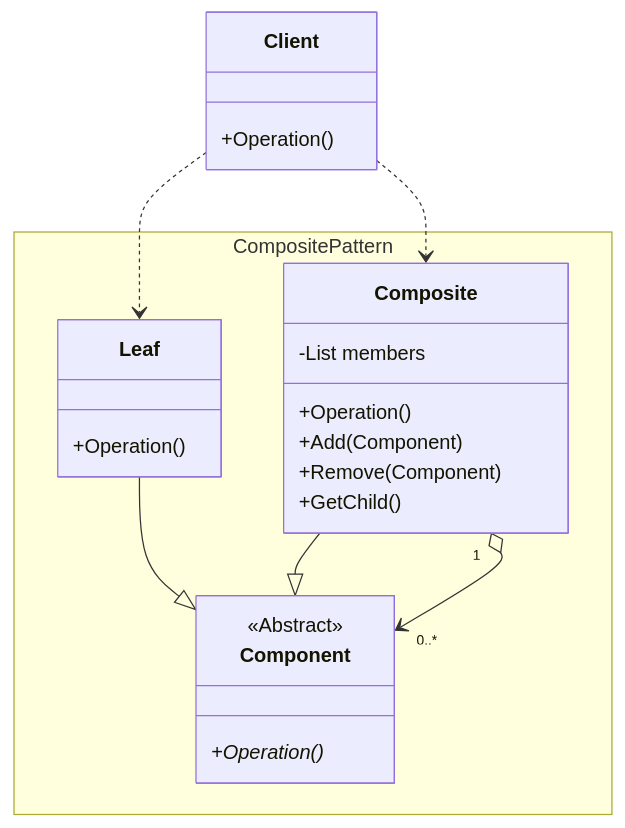
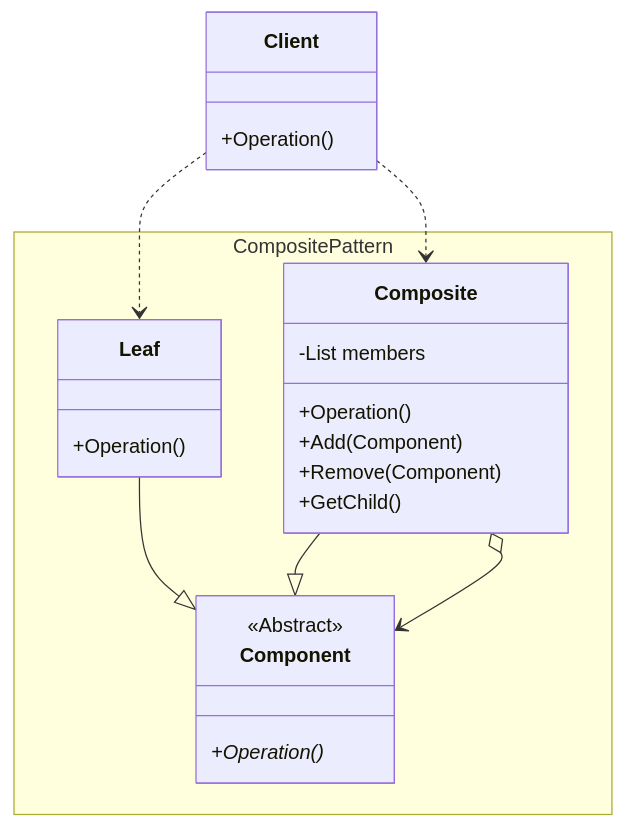
The diagram in _posts/2024-01-02-Composite-Pattern.md (NedHsu/NedHsu.github.io), drawn with Mermaid before and after one commit.

````diff
--- a/_posts/2024-01-02-Composite-Pattern.md
+++ b/_posts/2024-01-02-Composite-Pattern.md
@@ -14,27 +14,27 @@
 ```mermaid
 classDiagram
   Client ..> Leaf
   Client ..> Composite
   Leaf --|> Component
   Composite --|> Component
-  Composite "1" o--> "0..*" Component
+  Composite o--> Component
   namespace CompositePattern {
     class Component{
       <<Abstract>>
       +Operation()*
     }
     class Leaf{
       +Operation()
     }
     class Composite{
       -List<Component> members
       +Operation()
       +Add(Component)
       +Remove(Component)
       +GetChild() 
     }
   }
   class Client{
     +Operation()
   }
 ```
````
